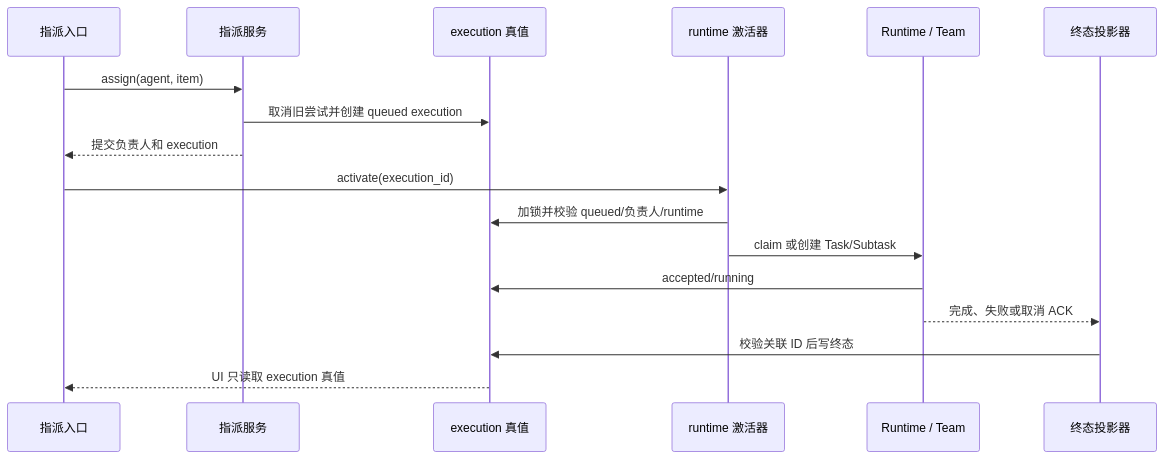
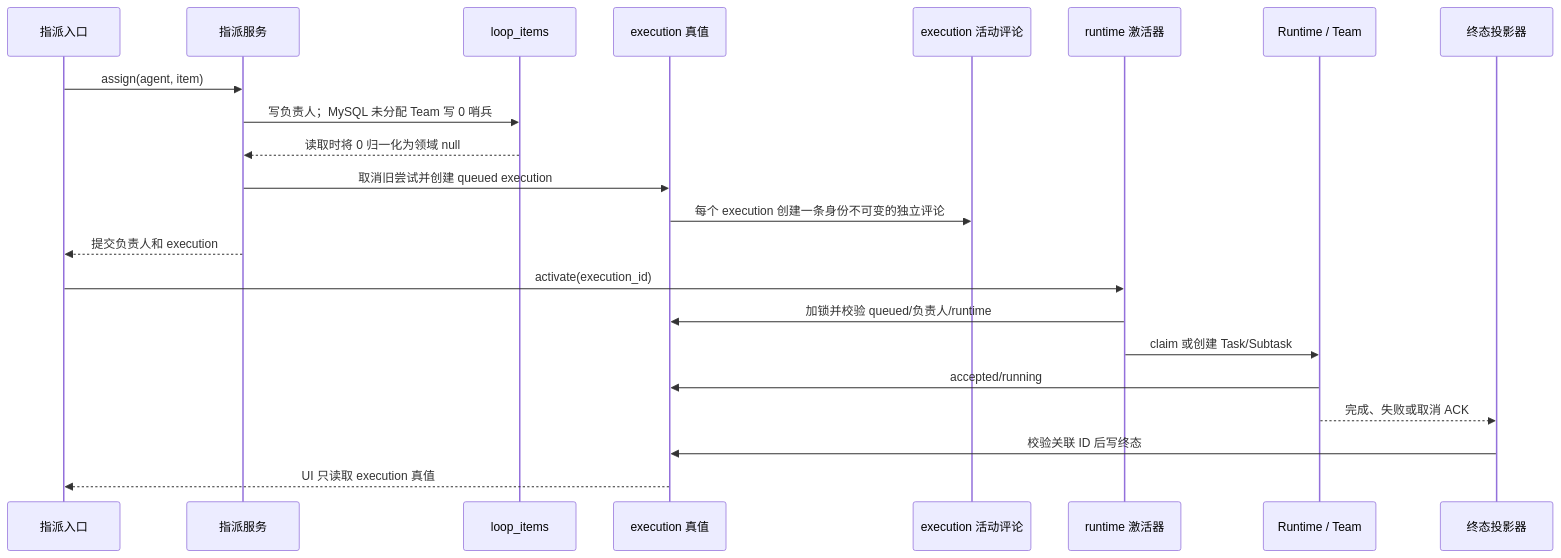
One commit to wecode-ai/wegent-docs changed the second of 2 diagrams in i18n/zh/docusaurus-plugin-content-docs/current/architecture/board-automation.md. Above: the diagram before and after it, drawn with Mermaid. The commit also changed other lines of this file and 9 other files, not shown here.

````diff
--- a/i18n/zh/docusaurus-plugin-content-docs/current/architecture/board-automation.md
+++ b/i18n/zh/docusaurus-plugin-content-docs/current/architecture/board-automation.md
@@ -26,20 +30,25 @@
 ```mermaid
 sequenceDiagram
     participant E as 指派入口
     participant A as 指派服务
+    participant I as loop_items
     participant X as execution 真值
+    participant C as execution 活动评论
     participant R as runtime 激活器
     participant T as Runtime / Team
     participant P as 终态投影器
 
     E->>A: assign(agent, item)
+    A->>I: 写负责人；MySQL 未分配 Team 写 0 哨兵
+    I-->>A: 读取时将 0 归一化为领域 null
     A->>X: 取消旧尝试并创建 queued execution
+    X->>C: 每个 execution 创建一条身份不可变的独立评论
     A-->>E: 提交负责人和 execution
     E->>R: activate(execution_id)
     R->>X: 加锁并校验 queued/负责人/runtime
     R->>T: claim 或创建 Task/Subtask
     T->>X: accepted/running
     T-->>P: 完成、失败或取消 ACK
     P->>X: 校验关联 ID 后写终态
     X-->>E: UI 只读取 execution 真值
 ```
````
